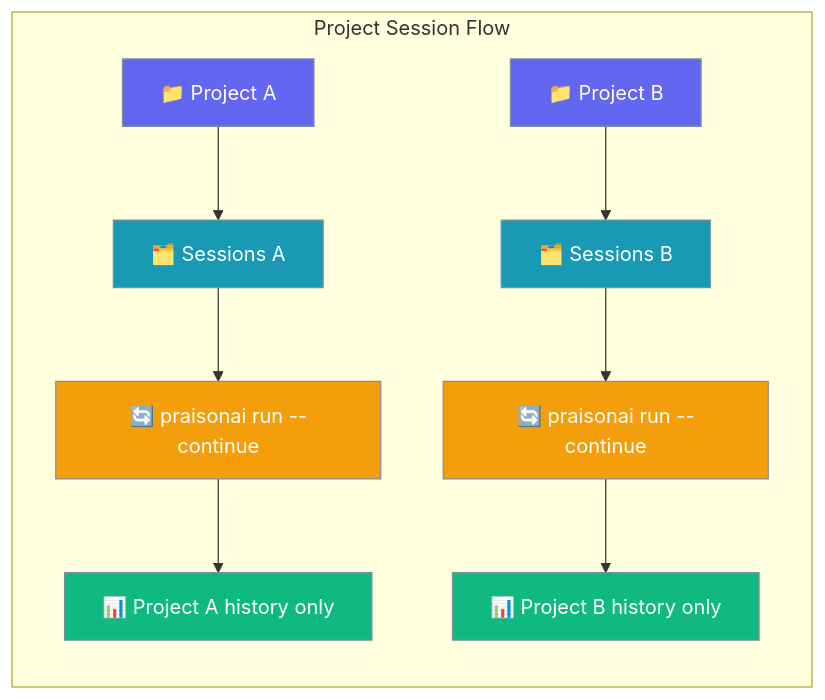
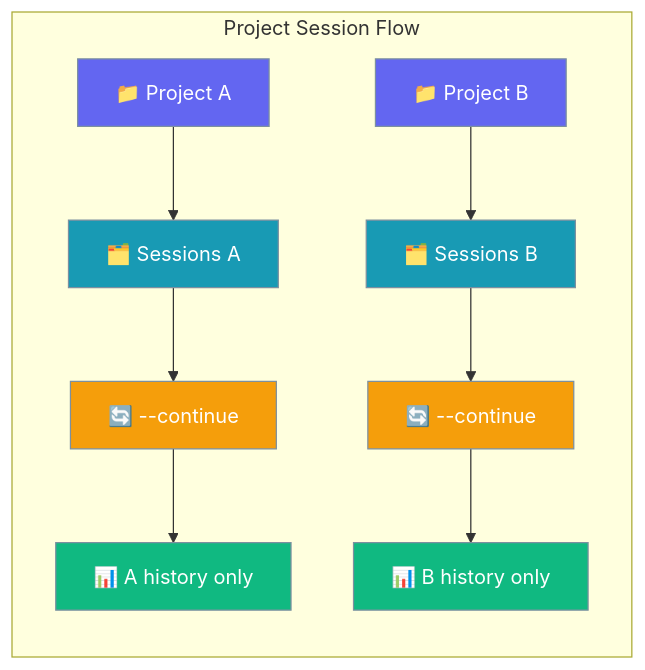
Before and after one commit to MervinPraison/PraisonAIDocs: the first of 2 diagrams in docs/features/project-sessions.mdx, drawn with Mermaid. The commit also changed other lines of this file and 4 other files, not shown here.

````diff
--- a/docs/features/project-sessions.mdx
+++ b/docs/features/project-sessions.mdx
@@ -10,21 +15,21 @@
 ```mermaid
 graph LR
     subgraph "Project Session Flow"
         A[📁 Project A] --> B[🗂️ Sessions A]
         C[📁 Project B] --> D[🗂️ Sessions B]
-        B --> E[🔄 praisonai run --continue]
-        D --> F[🔄 praisonai run --continue]
-        E --> G[📊 Project A history only]
-        F --> H[📊 Project B history only]
+        B --> E[🔄 --continue]
+        D --> F[🔄 --continue]
+        E --> G[📊 A history only]
+        F --> H[📊 B history only]
     end
-    
+
     classDef project fill:#6366F1,stroke:#7C90A0,color:#fff
     classDef sessions fill:#189AB4,stroke:#7C90A0,color:#fff
     classDef operation fill:#F59E0B,stroke:#7C90A0,color:#fff
     classDef result fill:#10B981,stroke:#7C90A0,color:#fff
-    
+
     class A,C project
     class B,D sessions
     class E,F operation
     class G,H result
 ```
````
